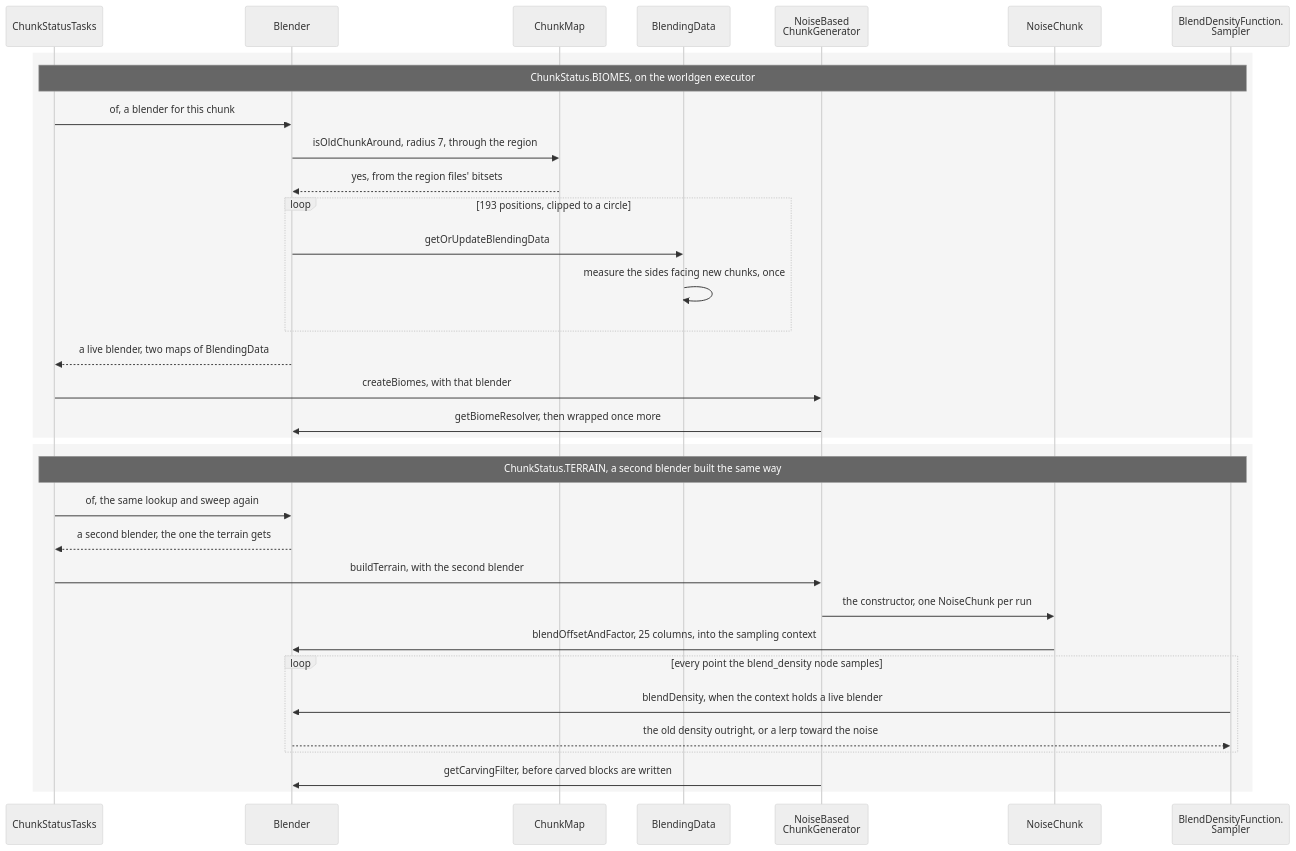
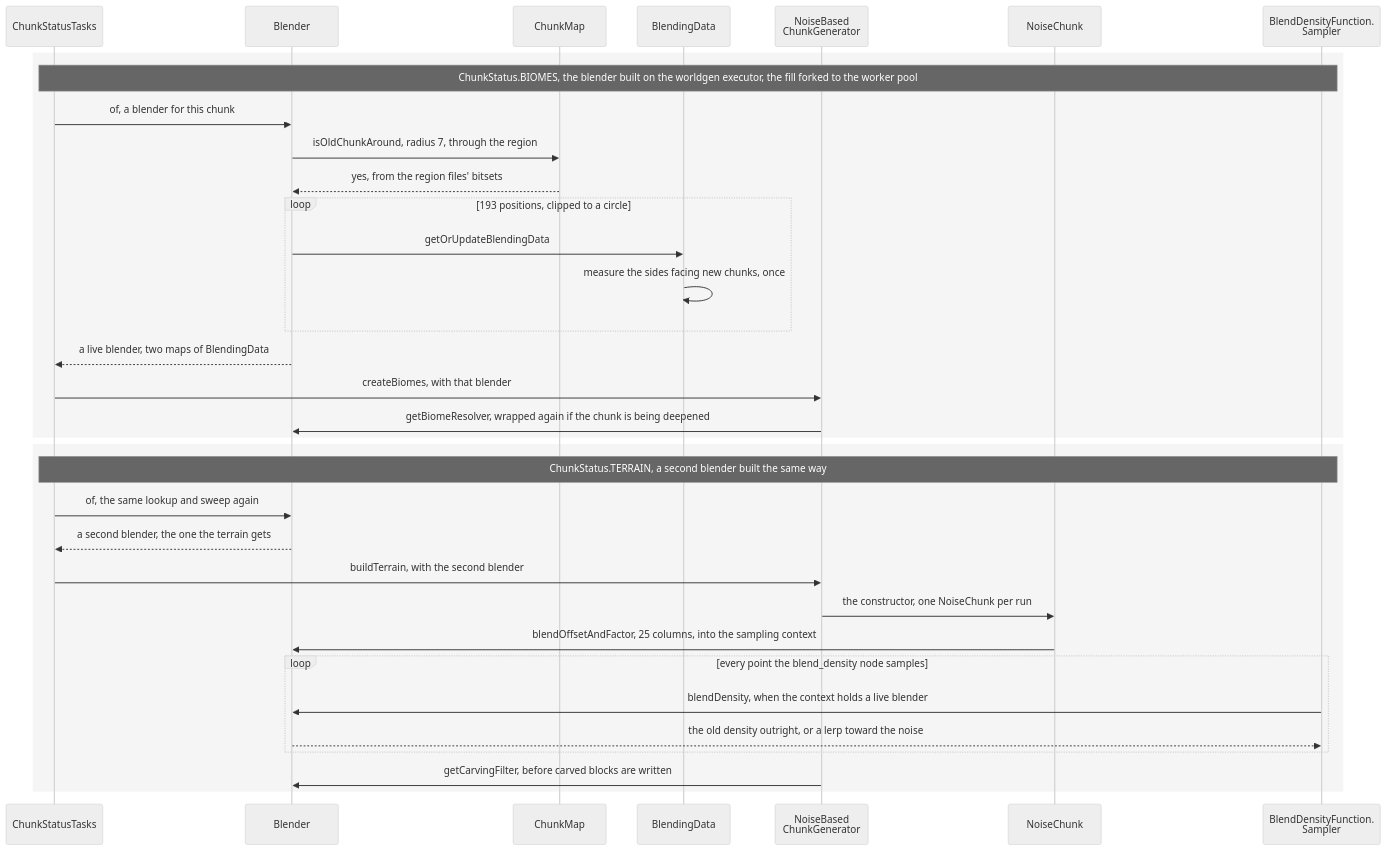
Before and after one commit to AlexanderjFraser/MinecraftDocs: the second of 2 diagrams in src/systems/worldgen/blending.md, drawn with Mermaid (neutral theme). The commit also changed other lines of this file and 25 other files, not shown here.

````diff
--- a/src/systems/worldgen/blending.md
+++ b/src/systems/worldgen/blending.md
@@ -182,37 +160,37 @@
 ```mermaid
 sequenceDiagram
     participant CST as ChunkStatusTasks
     participant Blender as Blender
     participant CM as ChunkMap
     participant BD as BlendingData
     participant NBC as NoiseBased<br/>ChunkGenerator
     participant NC as NoiseChunk
     participant BDFS as BlendDensityFunction.<br/>Sampler
 
     rect rgba(0, 0, 0, 0.04)
-    Note over CST,BDFS: ChunkStatus.BIOMES, on the worldgen executor
+    Note over CST,BDFS: ChunkStatus.BIOMES, the blender built on the worldgen executor, the fill forked to the worker pool
     CST->>Blender: of, a blender for this chunk
     Blender->>CM: isOldChunkAround, radius 7, through the region
     CM-->>Blender: yes, from the region files' bitsets
     loop 193 positions, clipped to a circle
         Blender->>BD: getOrUpdateBlendingData
         BD->>BD: measure the sides facing new chunks, once
     end
     Blender-->>CST: a live blender, two maps of BlendingData
     CST->>NBC: createBiomes, with that blender
-    NBC->>Blender: getBiomeResolver, then wrapped once more
+    NBC->>Blender: getBiomeResolver, wrapped again if the chunk is being deepened
     end
     rect rgba(0, 0, 0, 0.04)
     Note over CST,BDFS: ChunkStatus.TERRAIN, a second blender built the same way
     CST->>Blender: of, the same lookup and sweep again
     Blender-->>CST: a second blender, the one the terrain gets
     CST->>NBC: buildTerrain, with the second blender
     NBC->>NC: the constructor, one NoiseChunk per run
     NC->>Blender: blendOffsetAndFactor, 25 columns, into the sampling context
     loop every point the blend_density node samples
         BDFS->>Blender: blendDensity, when the context holds a live blender
         Blender-->>BDFS: the old density outright, or a lerp toward the noise
     end
     NBC->>Blender: getCarvingFilter, before carved blocks are written
     end
 ```
````
